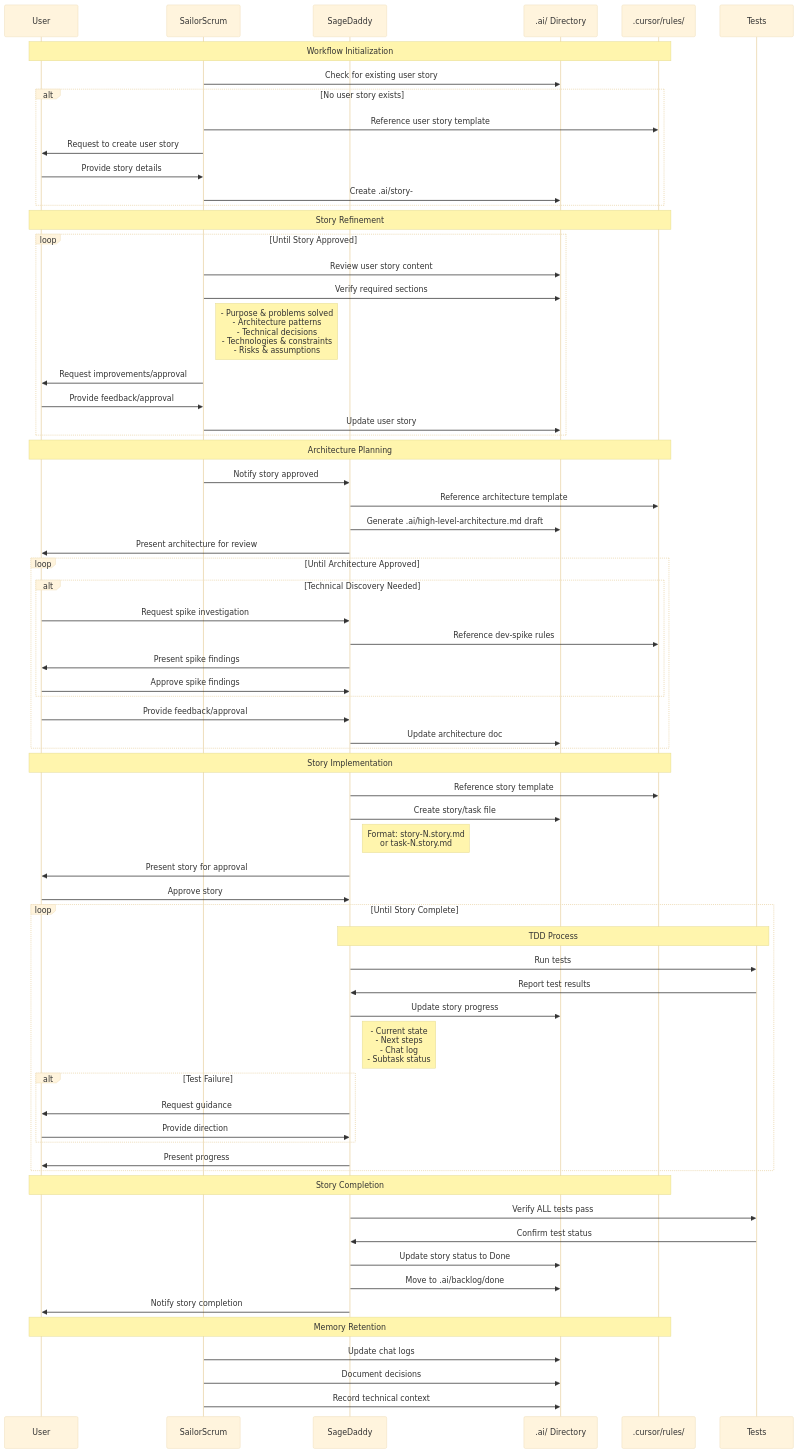
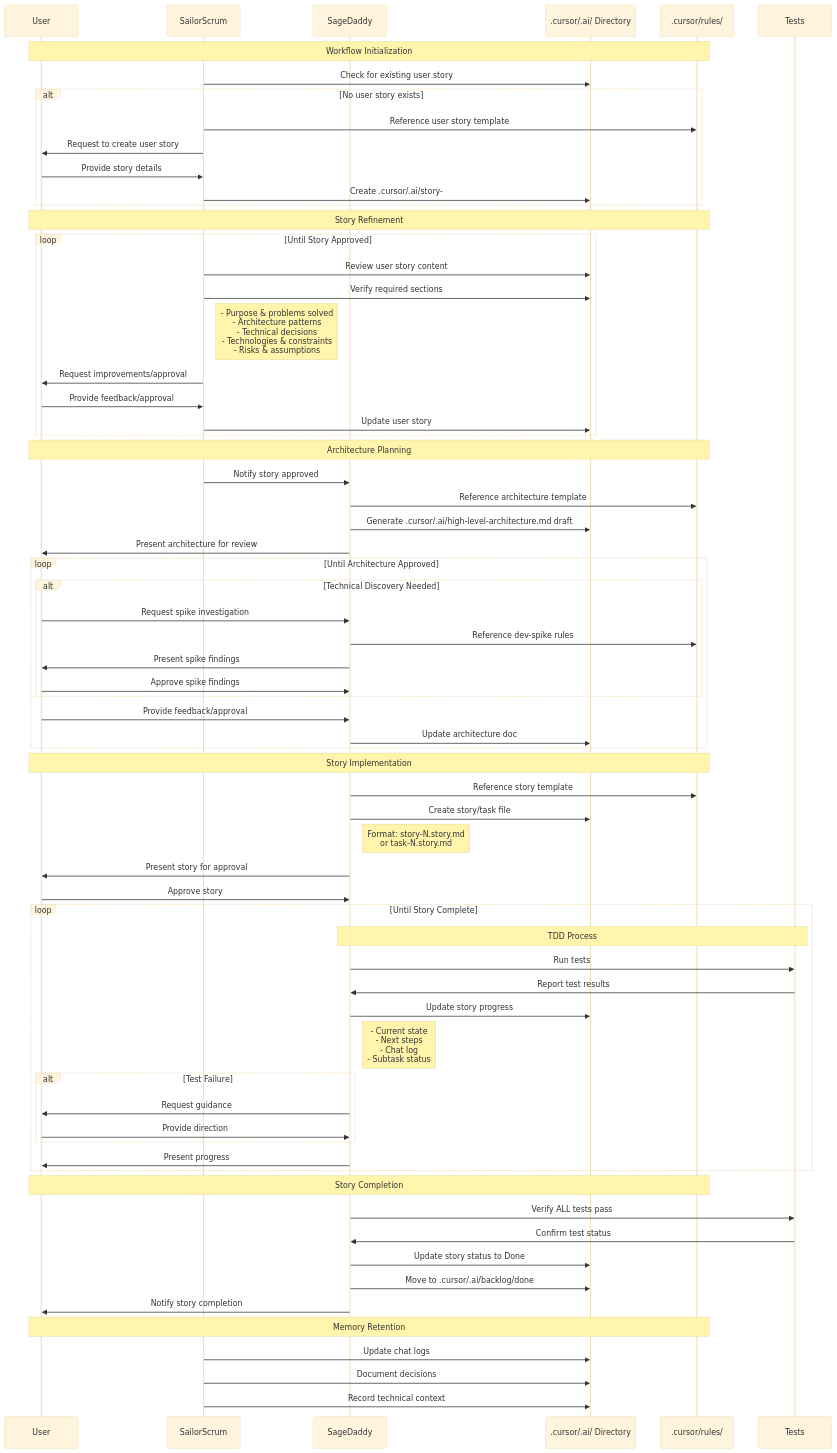
The diagram in docs/lean-workflow.md (usrrname/cursorrules), drawn with Mermaid (base theme) before and after one commit. The commit also changed other lines of this file and 12 other files, not shown here.

````diff
--- a/docs/lean-workflow.md
+++ b/docs/lean-workflow.md
@@ -5,77 +5,77 @@
 ```mermaid
 sequenceDiagram
     participant U as User
     participant SS as SailorScrum
     participant SD as SageDaddy
-    participant AI as .ai/ Directory
+    participant AI as .cursor/.ai/ Directory
     participant CR as .cursor/rules/
     participant T as Tests
 
     Note over U,CR: Workflow Initialization
     SS->>AI: Check for existing user story
     alt No user story exists
         SS->>CR: Reference user story template
         SS->>U: Request to create user story
         U->>SS: Provide story details
-        SS->>AI: Create .ai/story-#.md
+        SS->>AI: Create .cursor/.ai/story-#.md
     end
 
     Note over U,CR: Story Refinement
     loop Until Story Approved
         SS->>AI: Review user story content
         SS->>AI: Verify required sections
         Note right of SS: - Purpose & problems solved<br/>- Architecture patterns<br/>- Technical decisions<br/>- Technologies & constraints<br/>- Risks & assumptions
         SS->>U: Request improvements/approval
         U->>SS: Provide feedback/approval
         SS->>AI: Update user story
     end
 
     Note over U,CR: Architecture Planning
     SS->>SD: Notify story approved
     SD->>CR: Reference architecture template
-    SD->>AI: Generate .ai/high-level-architecture.md draft
+    SD->>AI: Generate .cursor/.ai/high-level-architecture.md draft
     SD->>U: Present architecture for review
     
     loop Until Architecture Approved
         alt Technical Discovery Needed
             U->>SD: Request spike investigation
             SD->>CR: Reference dev-spike rules
             SD->>U: Present spike findings
             U->>SD: Approve spike findings
         end
         U->>SD: Provide feedback/approval
         SD->>AI: Update architecture doc
     end
 
     Note over U,CR: Story Implementation
     SD->>CR: Reference story template
     SD->>AI: Create story/task file
     Note right of SD: Format: story-N.story.md<br/>or task-N.story.md
     SD->>U: Present story for approval
     U->>SD: Approve story
     
     loop Until Story Complete
         Note over SD,T: TDD Process
         SD->>T: Run tests
         T->>SD: Report test results
         SD->>AI: Update story progress
         Note right of SD: - Current state<br/>- Next steps<br/>- Chat log<br/>- Subtask status
         alt Test Failure
             SD->>U: Request guidance
             U->>SD: Provide direction
         end
         SD->>U: Present progress
     end
 
     Note over U,CR: Story Completion
     SD->>T: Verify ALL tests pass
     T->>SD: Confirm test status
     SD->>AI: Update story status to Done
-    SD->>AI: Move to .ai/backlog/done
+    SD->>AI: Move to .cursor/.ai/backlog/done
     SD->>U: Notify story completion
 
     Note over U,CR: Memory Retention
     SS->>AI: Update chat logs
     SS->>AI: Document decisions
     SS->>AI: Record technical context
 ```
````
